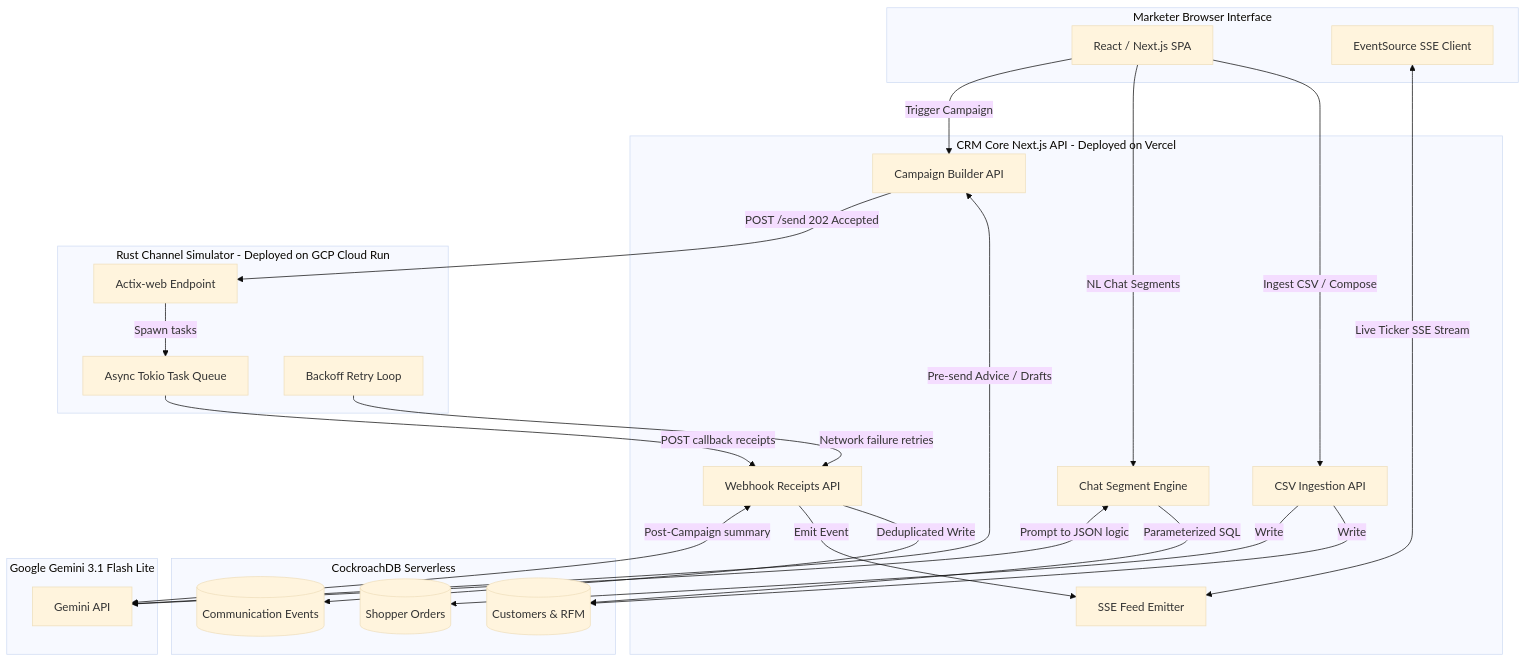
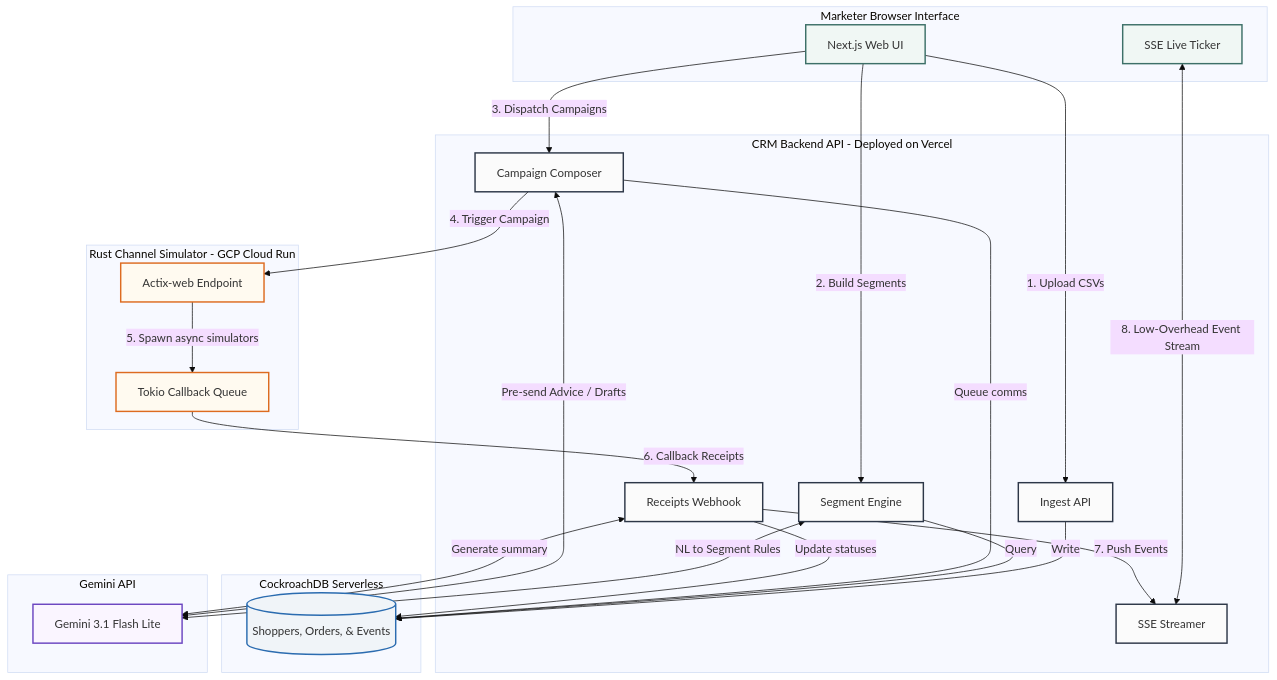
Before and after one commit to Dhruv1249/xeno-frontend: the diagram in ARCHITECTURE.md, drawn with Mermaid (base theme). The commit also changed other lines of this file, not shown here.

Commit message:
docs: simplify and style architecture diagram in ARCHITECTURE.md

````diff
--- a/ARCHITECTURE.md
+++ b/ARCHITECTURE.md
@@ -11,55 +11,58 @@
 ```mermaid
 graph TD
-    subgraph Client [Marketer Browser Interface]
-        UI[React / Next.js SPA]
-        SSE_Client[EventSource SSE Client]
+    %% Styling Nodes
+    classDef client fill:#f0f7f4,stroke:#3d7068,stroke-width:2px;
+    classDef crm fill:#fbfbfb,stroke:#2d3748,stroke-width:2px;
+    classDef db fill:#f0f4f8,stroke:#2b6cb0,stroke-width:2px;
+    classDef ai fill:#faf5ff,stroke:#6b46c1,stroke-width:2px;
+    classDef sim fill:#fffaf0,stroke:#dd6b20,stroke-width:2px;
+
+    subgraph Browser [Marketer Browser Interface]
+        UI[Next.js Web UI]:::client
+        Ticker[SSE Live Ticker]:::client
     end
 
-    subgraph CRM_Service [CRM Core Next.js API - Deployed on Vercel]
-        Ingest[CSV Ingestion API]
-        Segment[Chat Segment Engine]
-        Campaign[Campaign Builder API]
-        Receipts[Webhook Receipts API]
-        SSE_Feed[SSE Feed Emitter]
+    subgraph CRM [CRM Backend API - Deployed on Vercel]
+        Ingest[Ingest API]:::crm
+        Segment[Segment Engine]:::crm
+        Campaign[Campaign Composer]:::crm
+        Receipts[Receipts Webhook]:::crm
+        SSE[SSE Streamer]:::crm
     end
 
-    subgraph DB [CockroachDB Serverless]
-        Customers[(Customers & RFM)]
-        Orders[(Shopper Orders)]
-        Events[(Communication Events)]
+    subgraph Storage [CockroachDB Serverless]
+        DB[(Shoppers, Orders, & Events)]:::db
     end
 
-    subgraph AI [Google Gemini 3.1 Flash Lite]
-        LLM[Gemini API]
+    subgraph AI_Service [Gemini API]
+        Gemini[Gemini 3.1 Flash Lite]:::ai
     end
 
-    subgraph Simulator [Rust Channel Simulator - Deployed on GCP Cloud Run]
-        RustServer[Actix-web Endpoint]
-        TokioQueue[Async Tokio Task Queue]
-        RetryLoop[Backoff Retry Loop]
+    subgraph Channel [Rust Channel Simulator - GCP Cloud Run]
+        Rust[Actix-web Endpoint]:::sim
+        Tokio[Tokio Callback Queue]:::sim
     end
 
-    %% Client Interactions
-    UI -->|Ingest CSV / Compose| Ingest
-    UI -->|NL Chat Segments| Segment
-    UI -->|Trigger Campaign| Campaign
-    SSE_Client <-->|Live Ticker SSE Stream| SSE_Feed
+    %% 1. Browser to CRM
+    UI -->|1. Upload CSVs| Ingest
+    UI -->|2. Build Segments| Segment
+    UI -->|3. Dispatch Campaigns| Campaign
+    Ticker <-->|8. Low-Overhead Event Stream| SSE
 
-    %% CRM Database Operations
-    Ingest -->|Write| Customers
-    Ingest -->|Write| Orders
-    Segment -->|Parameterized SQL| Customers
-    Receipts -->|Deduplicated Write| Events
-    Receipts -->|Emit Event| SSE_Feed
+    %% 2. CRM to Storage (Reads/Writes)
+    Ingest -->|Write| DB
+    Segment -->|Query| DB
+    Campaign -->|Queue comms| DB
+    Receipts -->|Update statuses| DB
 
-    %% AI Integrations
-    Segment <-->|Prompt to JSON logic| LLM
-    Campaign <-->|Pre-send Advice / Drafts| LLM
-    Receipts <-->|Post-Campaign summary| LLM
+    %% 3. CRM to Gemini LLM
+    Segment <-->|NL to Segment Rules| Gemini
+    Campaign <-->|Pre-send Advice / Drafts| Gemini
+    Receipts <-->|Generate summary| Gemini
 
-    %% CRM-Simulator Callback Loop
-    Campaign -->|POST /send 202 Accepted| RustServer
-    RustServer -->|Spawn tasks| TokioQueue
-    TokioQueue -->|POST callback receipts| Receipts
-    RetryLoop -->|Network failure retries| Receipts
+    %% 4. Campaign Dispatch Callback Loop
+    Campaign -->|4. Trigger Campaign| Rust
+    Rust -->|5. Spawn async simulators| Tokio
+    Tokio -->|6. Callback Receipts| Receipts
+    Receipts -->|7. Push Events| SSE
 ```
````
